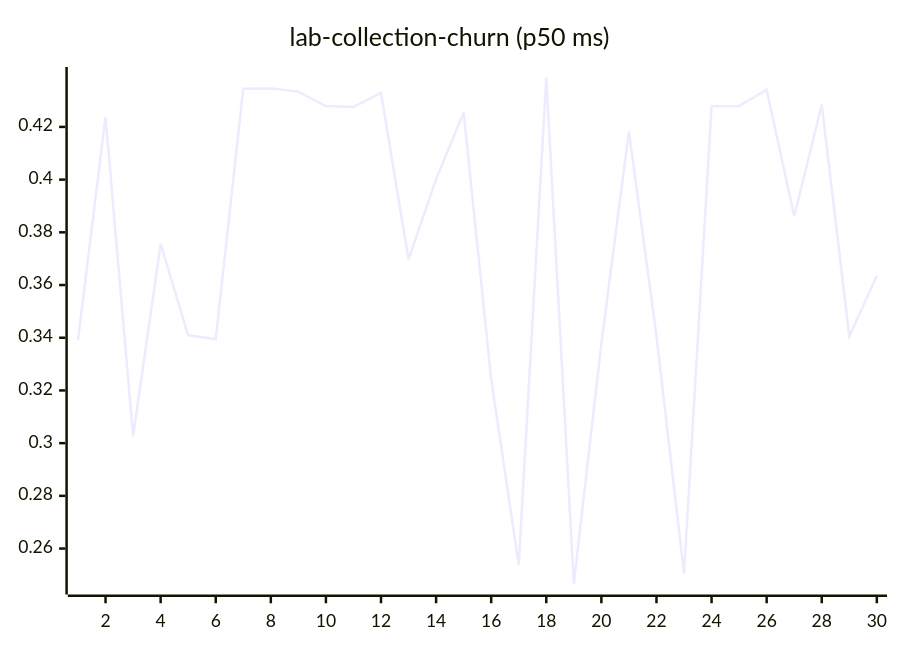
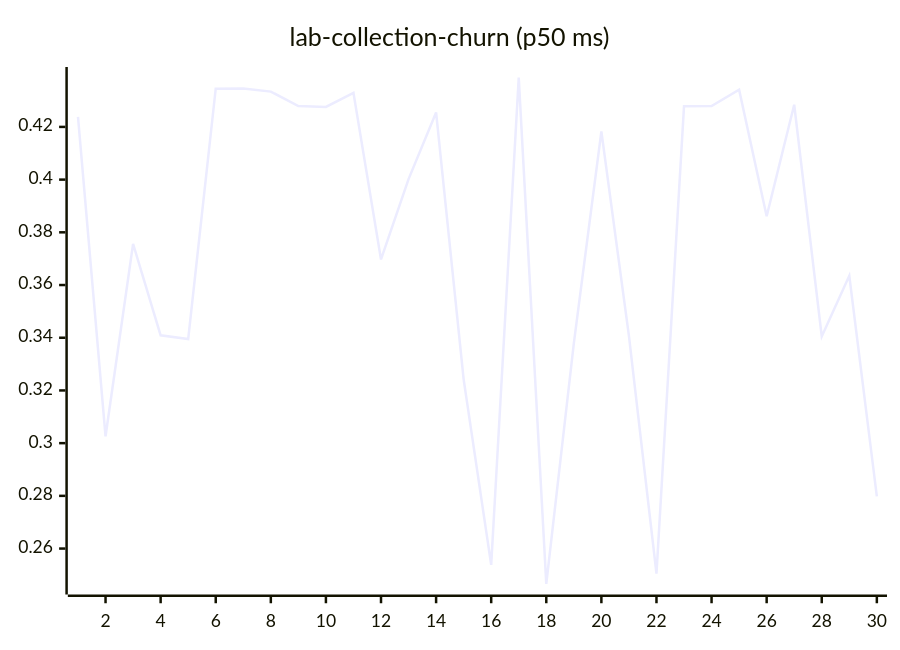
Diagram 11 of 27 in README.md (josha/Facet), drawn with Mermaid before and after one commit. The commit also changed other lines of this file and 2 other files, not shown here.

````diff
--- a/README.md
+++ b/README.md
@@ -133,6 +133,6 @@
 ```mermaid
 xychart-beta
     title "lab-collection-churn (p50 ms)"
     x-axis 1 --> 30
-    line [0.3392, 0.4238, 0.3026, 0.3756, 0.3409, 0.3395, 0.4345, 0.4346, 0.4334, 0.4279, 0.4276, 0.4329, 0.3697, 0.4002, 0.4255, 0.3242, 0.2538, 0.4387, 0.2466, 0.3379, 0.4183, 0.3407, 0.2505, 0.4278, 0.4279, 0.4341, 0.3861, 0.4284, 0.3405, 0.3635]
+    line [0.4238, 0.3026, 0.3756, 0.3409, 0.3395, 0.4345, 0.4346, 0.4334, 0.4279, 0.4276, 0.4329, 0.3697, 0.4002, 0.4255, 0.3242, 0.2538, 0.4387, 0.2466, 0.3379, 0.4183, 0.3407, 0.2505, 0.4278, 0.4279, 0.4341, 0.3861, 0.4284, 0.3405, 0.3635, 0.2798]
 ```
````
